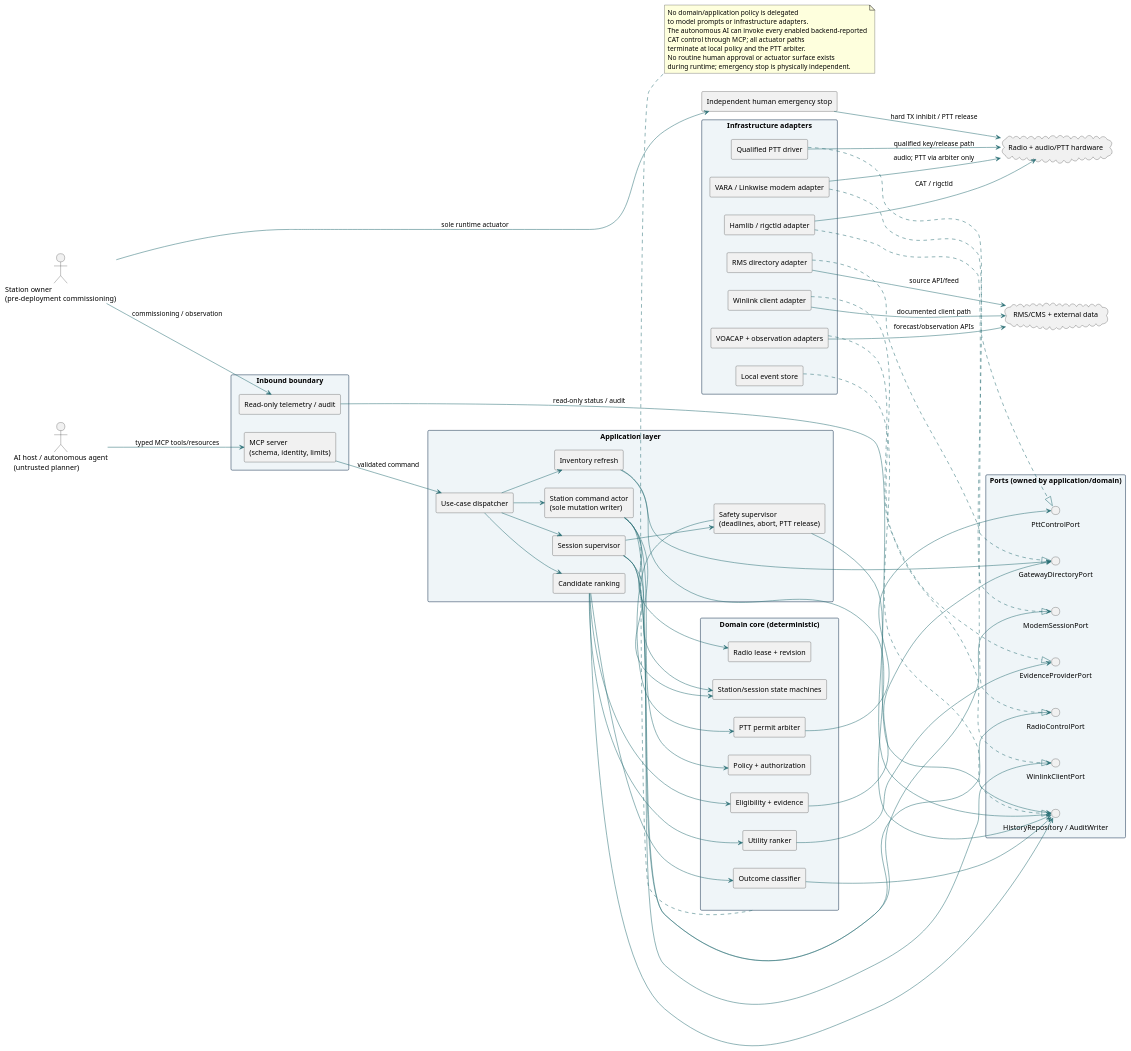
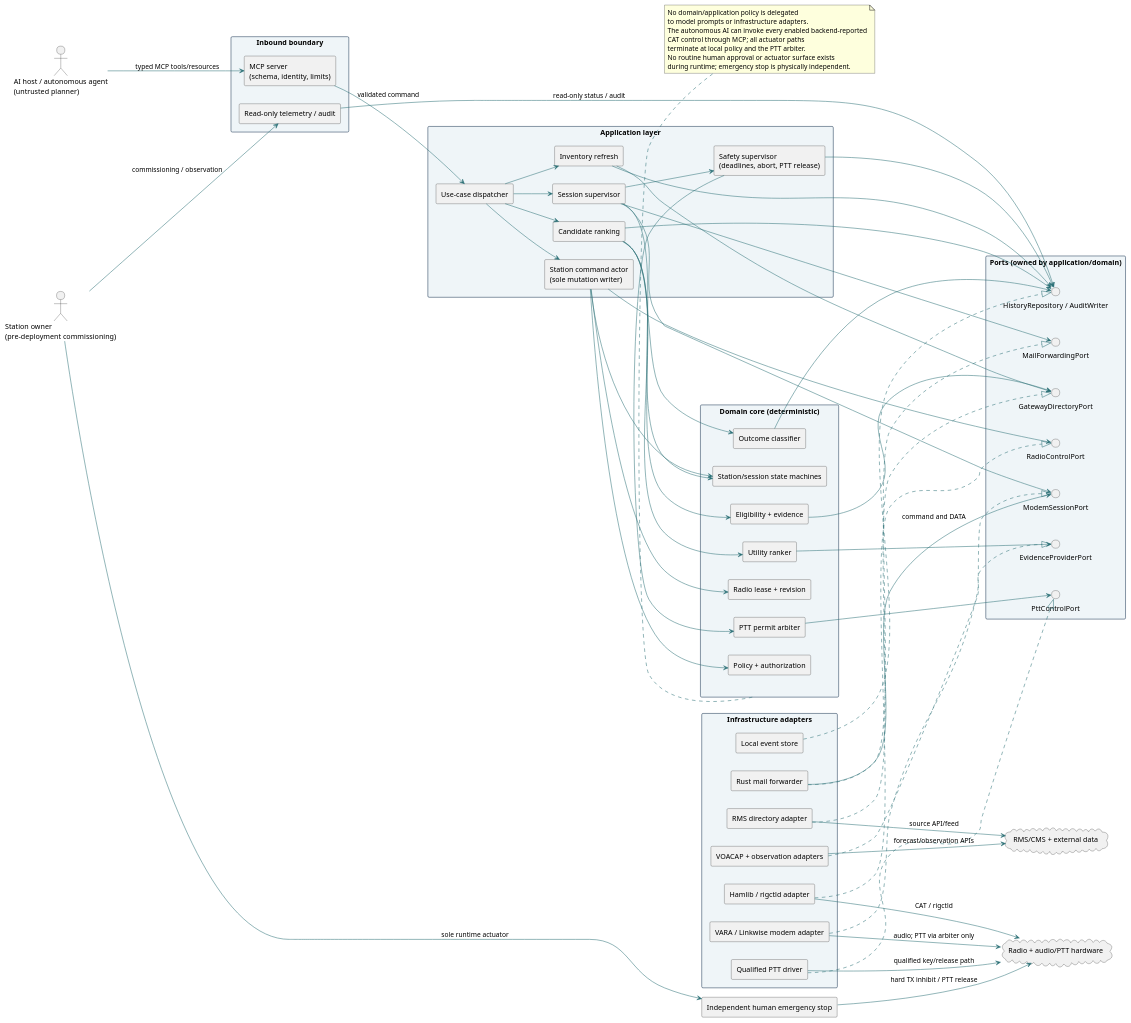
The diagram in docs/architecture/diagrams/layered-architecture.puml (8r4n/linkwise), drawn with PlantUML before and after one commit. The commit also changed 38 other files, not shown here.

Commit message:
Implement native Rust mail forwarding over Linkwise

```diff
--- a/docs/architecture/diagrams/layered-architecture.puml
+++ b/docs/architecture/diagrams/layered-architecture.puml
@@ -1,119 +1,119 @@
 @startuml Linkwise_Layered_Architecture
 left to right direction
 skinparam componentStyle rectangle
 skinparam packageStyle rectangle
 skinparam shadowing false
 skinparam defaultFontName "Arial"
 skinparam ArrowColor #2A6F75
 skinparam package {
   BorderColor #16324F
   BackgroundColor #EFF5F8
   FontColor #16324F
 }
 
 actor "Station owner\n(pre-deployment commissioning)" as Owner
 actor "AI host / autonomous agent\n(untrusted planner)" as AI
 
 package "Inbound boundary" as Inbound {
   component "MCP server\n(schema, identity, limits)" as MCP
   component "Read-only telemetry / audit" as Telemetry
 }
 
 package "Application layer" as App {
   component "Use-case dispatcher" as UseCases
   component "Inventory refresh" as Refresh
   component "Candidate ranking" as Rank
   component "Station command actor\n(sole mutation writer)" as StationActor
   component "Session supervisor" as Session
   component "Safety supervisor\n(deadlines, abort, PTT release)" as Safety
 }
 
 package "Domain core (deterministic)" as Domain {
   component "Eligibility + evidence" as Eligibility
   component "Utility ranker" as Utility
   component "Station/session state machines" as State
   component "Policy + authorization" as Policy
   component "Radio lease + revision" as Lease
   component "PTT permit arbiter" as Ptt
   component "Outcome classifier" as Outcomes
 }
 
 package "Ports (owned by application/domain)" as Ports {
   interface "RadioControlPort" as RadioPort
   interface "PttControlPort" as PttPort
   interface "ModemSessionPort" as ModemPort
-  interface "WinlinkClientPort" as WinlinkPort
+  interface "MailForwardingPort" as ForwardingPort
   interface "GatewayDirectoryPort" as DirectoryPort
   interface "EvidenceProviderPort" as EvidencePort
   interface "HistoryRepository / AuditWriter" as StorePort
 }
 
 package "Infrastructure adapters" as Adapters {
   component "Hamlib / rigctld adapter" as Hamlib
   component "Qualified PTT driver" as PttDriver
   component "VARA / Linkwise modem adapter" as Modem
-  component "Winlink client adapter" as Winlink
+  component "Rust mail forwarder" as Forwarder
   component "RMS directory adapter" as Directory
   component "VOACAP + observation adapters" as Evidence
   component "Local event store" as Store
 }
 
 cloud "Radio + audio/PTT hardware" as Hardware
 component "Independent human emergency stop" as EStop
 cloud "RMS/CMS + external data" as External
 
 Owner --> Telemetry : commissioning / observation
 Owner --> EStop : sole runtime actuator
 EStop --> Hardware : hard TX inhibit / PTT release
 AI --> MCP : typed MCP tools/resources
 Telemetry --> StorePort : read-only status / audit
 MCP --> UseCases : validated command
 UseCases --> Refresh
 UseCases --> Rank
 UseCases --> StationActor
 UseCases --> Session
 StationActor --> Lease
 StationActor --> State
 StationActor --> Policy
 Session --> State
 Session --> Safety
 Safety --> Ptt
 Rank --> Eligibility
 Rank --> Utility
 Rank --> Outcomes
 Eligibility --> DirectoryPort
 Utility --> EvidencePort
 Refresh --> DirectoryPort
 StationActor --> RadioPort
-Session --> WinlinkPort
+Session --> ForwardingPort
 Session --> ModemPort
 Ptt --> PttPort
 Outcomes --> StorePort
 Safety --> StorePort
 Refresh --> StorePort
 Rank --> StorePort
 
 Hamlib ..|> RadioPort
 PttDriver ..|> PttPort
 Modem ..|> ModemPort
-Winlink ..|> WinlinkPort
+Forwarder ..|> ForwardingPort
 Directory ..|> DirectoryPort
 Evidence ..|> EvidencePort
 Store ..|> StorePort
 Hamlib --> Hardware : CAT / rigctld
 PttDriver --> Hardware : qualified key/release path
 Modem --> Hardware : audio; PTT via arbiter only
-Winlink --> External : documented client path
+Forwarder --> ModemPort : command and DATA
 Directory --> External : source API/feed
 Evidence --> External : forecast/observation APIs
 
 note bottom of Domain
 No domain/application policy is delegated
 to model prompts or infrastructure adapters.
 The autonomous AI can invoke every enabled backend-reported
 CAT control through MCP; all actuator paths
 terminate at local policy and the PTT arbiter.
 No routine human approval or actuator surface exists
 during runtime; emergency stop is physically independent.
 end note
 @enduml
```
